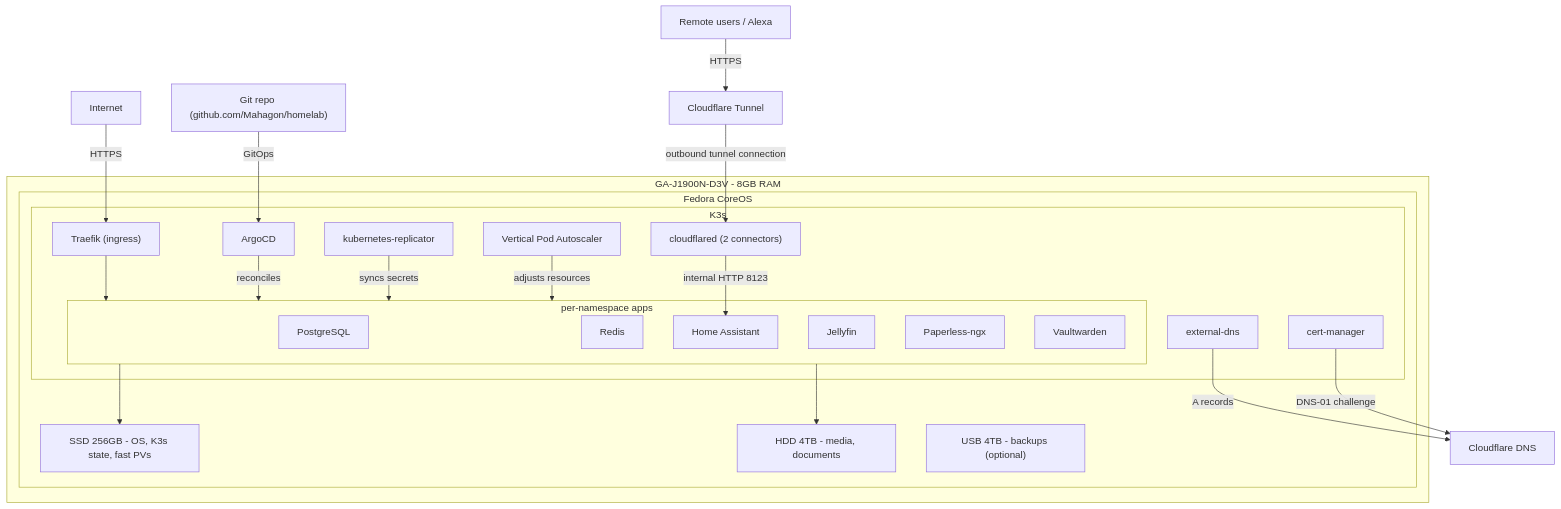
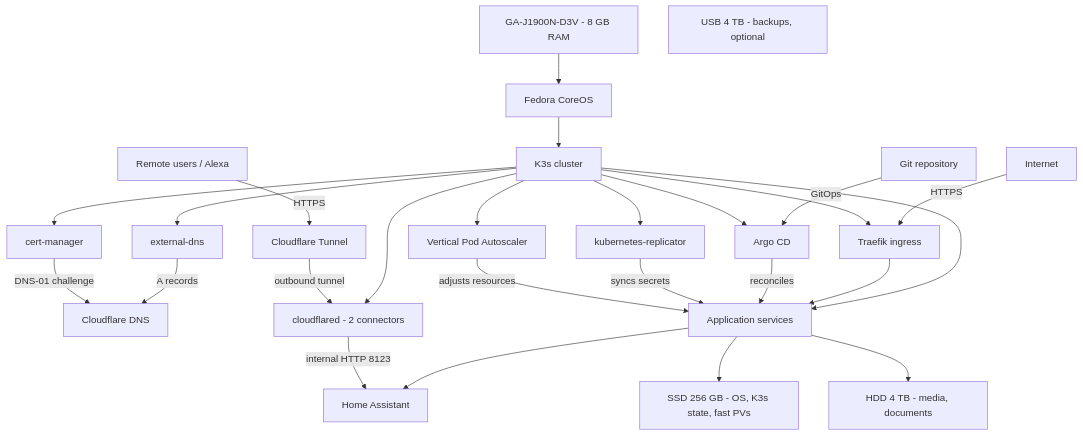
One commit to Mahagon/homelab changed the first of 2 diagrams in README.md. Above: the diagram before and after it, drawn with Mermaid. The commit also changed other lines of this file and 2 other files, not shown here.

Commit message:
fix-k8s-render-traefik-domain-through-argocd

````diff
--- a/README.md
+++ b/README.md
@@ -7,45 +7,34 @@
 ```mermaid
-graph TD
-    Internet -->|HTTPS| Traefik
+flowchart TD
+    Internet["Internet"] -->|HTTPS| Traefik
     RemoteUsers["Remote users / Alexa"] -->|HTTPS| CloudflareTunnel["Cloudflare Tunnel"]
-    Git["Git repo (github.com/Mahagon/homelab)"] -->|GitOps| ArgoCD
+    Git["Git repository"] -->|GitOps| ArgoCD
     ExternalDNS -->|A records| Cloudflare["Cloudflare DNS"]
     CertManager -->|DNS-01 challenge| Cloudflare
 
-    subgraph hw["GA-J1900N-D3V - 8GB RAM"]
-        subgraph fcos["Fedora CoreOS"]
-            subgraph cluster["K3s"]
-                ArgoCD
-                Traefik["Traefik (ingress)"]
-                CertManager["cert-manager"]
-                ExternalDNS["external-dns"]
-                Cloudflared["cloudflared (2 connectors)"]
-                Replicator["kubernetes-replicator"]
-                VPA["Vertical Pod Autoscaler"]
+    Hardware["GA-J1900N-D3V - 8 GB RAM"] --> FedoraCoreOS["Fedora CoreOS"]
+    FedoraCoreOS --> K3s["K3s cluster"]
+    K3s --> ArgoCD["Argo CD"]
+    K3s --> Traefik["Traefik ingress"]
+    K3s --> CertManager["cert-manager"]
+    K3s --> ExternalDNS["external-dns"]
+    K3s --> Cloudflared["cloudflared - 2 connectors"]
+    K3s --> Replicator["kubernetes-replicator"]
+    K3s --> VPA["Vertical Pod Autoscaler"]
+    K3s --> AppServices["Application services"]
+    AppServices --> HomeAssistant["Home Assistant"]
 
-                subgraph apps["per-namespace apps"]
-                    PostgreSQL
-                    Redis
-                    HomeAssistant["Home Assistant"]
-                    Jellyfin
-                    Paperless["Paperless-ngx"]
-                    Vaultwarden
-                end
+    Traefik --> AppServices
+    ArgoCD -->|reconciles| AppServices
+    Replicator -->|syncs secrets| AppServices
+    VPA -->|adjusts resources| AppServices
+    Cloudflared -->|internal HTTP 8123| HomeAssistant
 
-                Traefik --> apps
-                ArgoCD -->|reconciles| apps
-                Replicator -->|syncs secrets| apps
-                VPA -->|adjusts resources| apps
-                Cloudflared -->|internal HTTP 8123| HomeAssistant
-            end
+    SSD["SSD 256 GB - OS, K3s state, fast PVs"]
+    HDD["HDD 4 TB - media, documents"]
+    USB["USB 4 TB - backups, optional"]
 
-            SSD["SSD 256GB - OS, K3s state, fast PVs"]
-            HDD["HDD 4TB - media, documents"]
-            USB["USB 4TB - backups (optional)"]
-        end
-    end
-
-    apps --> SSD
-    apps --> HDD
-    CloudflareTunnel -->|outbound tunnel connection| Cloudflared
+    AppServices --> SSD
+    AppServices --> HDD
+    CloudflareTunnel -->|outbound tunnel| Cloudflared
 ```
````
